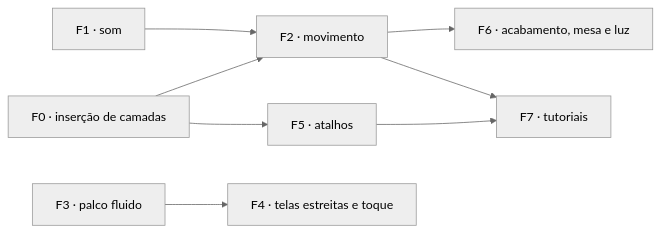
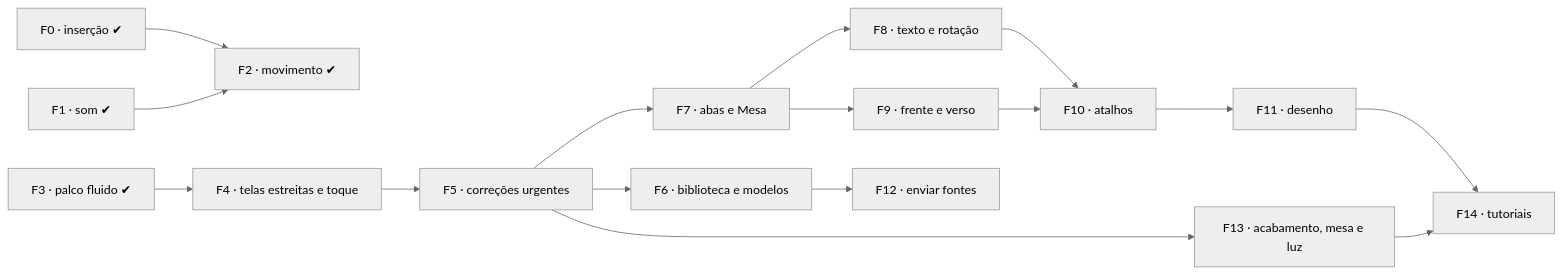
One commit to ilvro/Atelie changed the diagram in docs/plano/plano-qualidade-de-vida.md. Above: the diagram before and after it, drawn with Mermaid (neutral theme). The commit also changed other lines of this file and 95 other files, not shown here.

````diff
--- a/docs/plano/plano-qualidade-de-vida.md
+++ b/docs/plano/plano-qualidade-de-vida.md
@@ -212,10 +497,18 @@
 ```mermaid
 flowchart LR
-  F0["F0 · inserção de camadas"] --> F2["F2 · movimento"]
-  F0 --> F5["F5 · atalhos"]
-  F1["F1 · som"] --> F2
-  F3["F3 · palco fluido"] --> F4["F4 · telas estreitas e toque"]
-  F2 --> F6["F6 · acabamento, mesa e luz"]
-  F5 --> F7["F7 · tutoriais"]
-  F2 --> F7
+  F0["F0 · inserção ✔"] --> F2["F2 · movimento ✔"]
+  F1["F1 · som ✔"] --> F2
+  F3["F3 · palco fluido ✔"] --> F4["F4 · telas estreitas e toque"]
+  F4 --> F5["F5 · correções urgentes"]
+  F5 --> F6["F6 · biblioteca e modelos"]
+  F5 --> F7["F7 · abas e Mesa"]
+  F7 --> F8["F8 · texto e rotação"]
+  F7 --> F9["F9 · frente e verso"]
+  F8 --> F10["F10 · atalhos"]
+  F9 --> F10
+  F10 --> F11["F11 · desenho"]
+  F6 --> F12["F12 · enviar fontes"]
+  F5 --> F13["F13 · acabamento, mesa e luz"]
+  F11 --> F14["F14 · tutoriais"]
+  F13 --> F14
 ```
````
